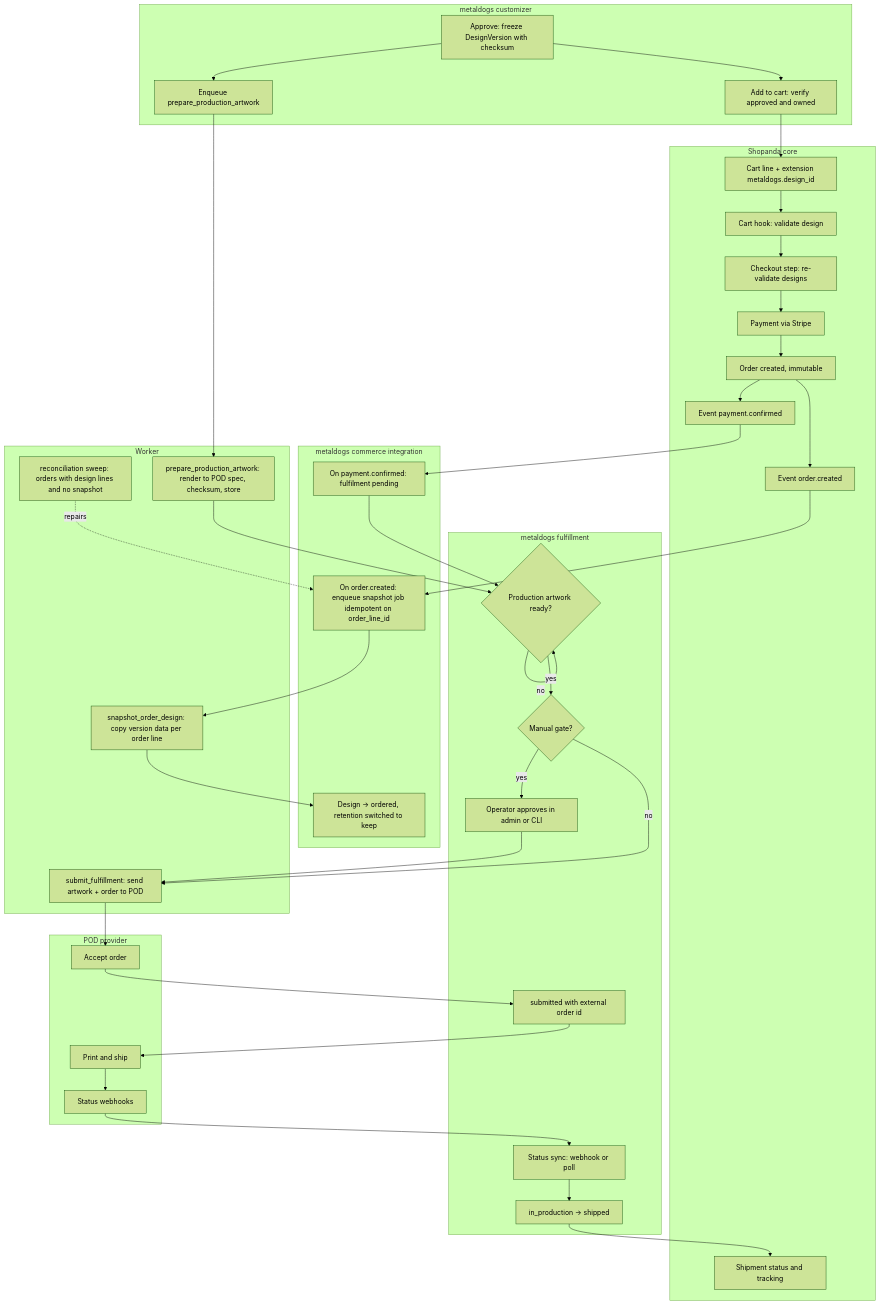
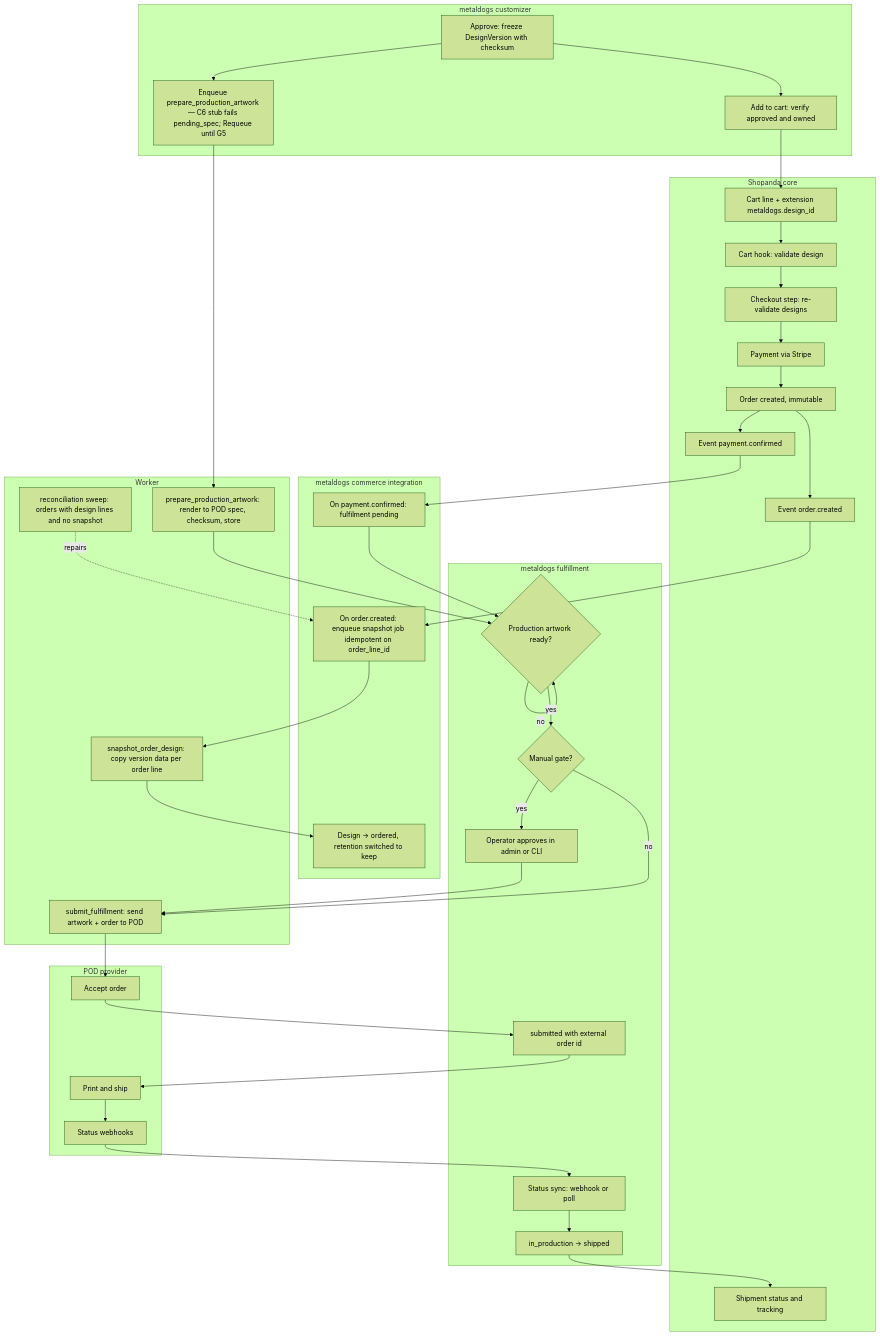
One commit to akarso/metal_dogs changed the first of 2 diagrams in docs/architecture/flows/checkout-snapshot-and-fulfillment.md. Above: the diagram before and after it, drawn with Mermaid (forest theme). The commit also changed 30 other files, not shown here.

````diff
--- a/docs/architecture/flows/checkout-snapshot-and-fulfillment.md
+++ b/docs/architecture/flows/checkout-snapshot-and-fulfillment.md
@@ -7,58 +7,58 @@
 ```mermaid
 flowchart TB
     subgraph customizer[metaldogs customizer]
         a1[Approve: freeze DesignVersion with checksum]
-        a2[Enqueue prepare_production_artwork]
+        a2[Enqueue prepare_production_artwork — C6 stub fails pending_spec; Requeue until G5]
         a3[Add to cart: verify approved and owned]
     end
 
     subgraph worker[Worker]
         w1[prepare_production_artwork: render to POD spec, checksum, store]
         w2[snapshot_order_design: copy version data per order line]
         w3[submit_fulfillment: send artwork + order to POD]
         w4[reconciliation sweep: orders with design lines and no snapshot]
     end
 
     subgraph shopanda[Shopanda core]
         s1[Cart line + extension metaldogs.design_id]
         s2[Cart hook: validate design]
         s3[Checkout step: re-validate designs]
         s4[Payment via Stripe]
         s5[Order created, immutable]
         s6[Event order.created]
         s7[Event payment.confirmed]
         s8[Shipment status and tracking]
     end
 
     subgraph commerce[metaldogs commerce integration]
         e1[On order.created: enqueue snapshot job idempotent on order_line_id]
         e2[Design → ordered, retention switched to keep]
         e3[On payment.confirmed: fulfilment pending]
     end
 
     subgraph fulfillment[metaldogs fulfillment]
         f1{Production artwork ready?}
         f2{Manual gate?}
         f3[Operator approves in admin or CLI]
         f4[submitted with external order id]
         f5[Status sync: webhook or poll]
         f6[in_production → shipped]
     end
 
     subgraph pod[POD provider]
         p1[Accept order]
         p2[Print and ship]
         p3[Status webhooks]
     end
 
     a1 --> a2 --> w1
     a1 --> a3 --> s1 --> s2 --> s3 --> s4 --> s5 --> s6 --> e1 --> w2 --> e2
     s5 --> s7 --> e3 --> f1
     w1 --> f1
     f1 -- no --> f1
     f1 -- yes --> f2
     f2 -- yes --> f3 --> w3
     f2 -- no --> w3
     w3 --> p1 --> f4 --> p2 --> p3 --> f5 --> f6 --> s8
     w4 -. repairs .-> e1
 ```
````
